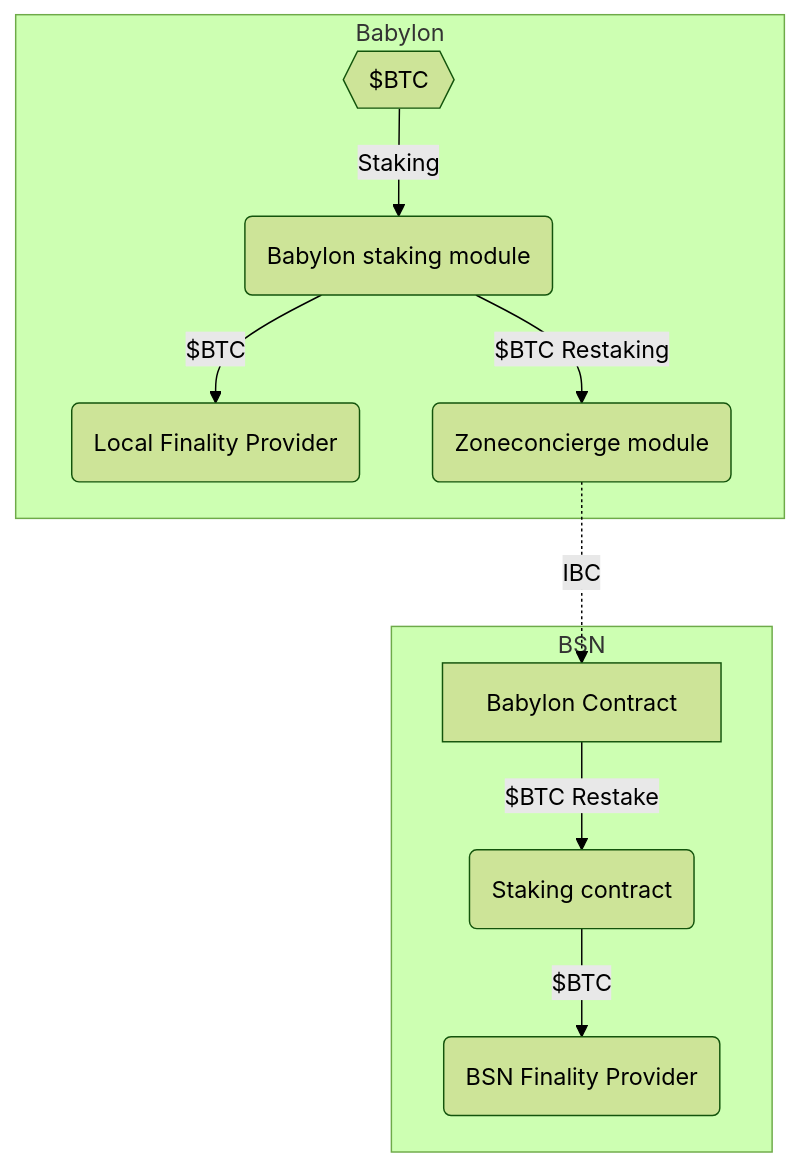
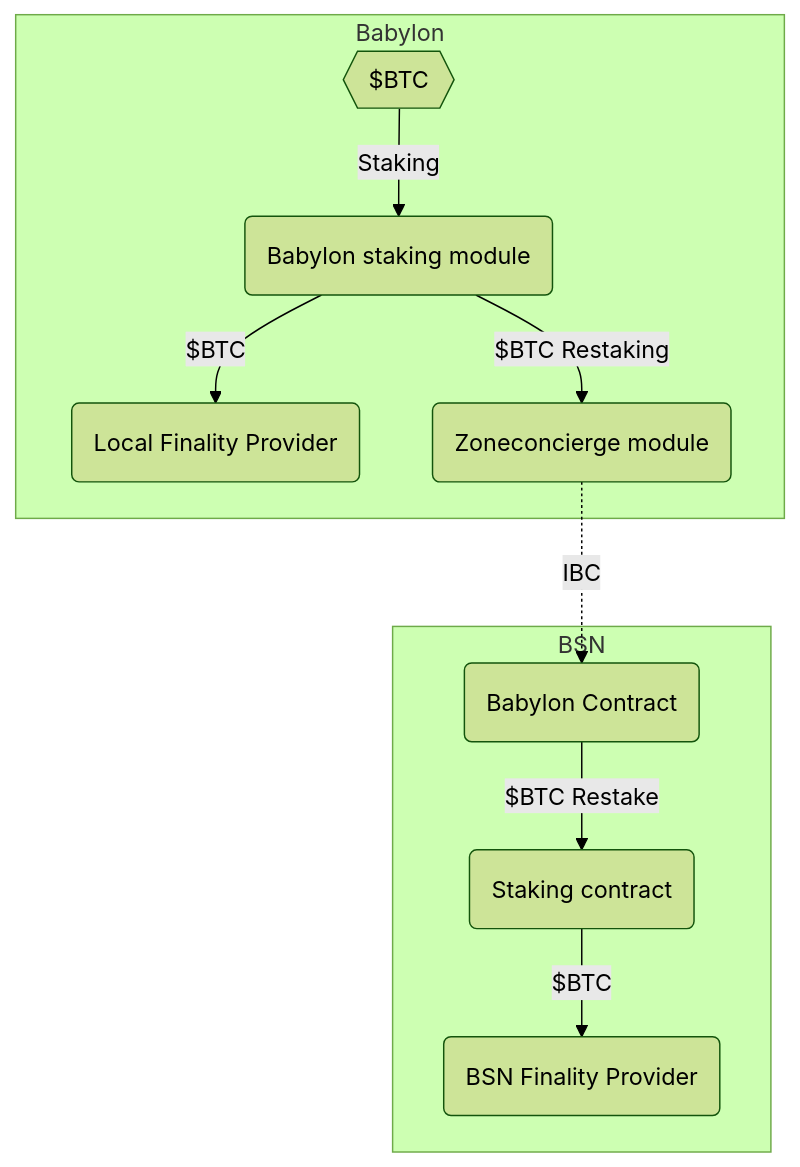
Before and after one commit to babylonlabs-io/cosmos-bsn-contracts: the first of 2 diagrams in docs/Architecture.md, drawn with Mermaid. The commit also changed other lines of this file, not shown here.

Commit message:
Add messages flow diagram, reorganize sections

````diff
--- a/docs/Architecture.md
+++ b/docs/Architecture.md
@@ -6,16 +6,16 @@
 ```mermaid
 %%{init: {'theme': 'forest'}}%%
 flowchart TD
   subgraph Babylon
   A{{$BTC}} -- Staking --> B(Babylon staking module);
   B -- $BTC --> C(Local Finality Provider);
   B -- $BTC Restaking --> D(Zoneconcierge module);
   end
 
   D -. IBC .-> E;
 
   subgraph BSN
-  E[Babylon Contract] -- $BTC Restake --> U(Staking contract);
+  E(Babylon Contract) -- $BTC Restake --> U(Staking contract);
   U -- $BTC --> V(BSN Finality Provider);
   end
 ```
````
